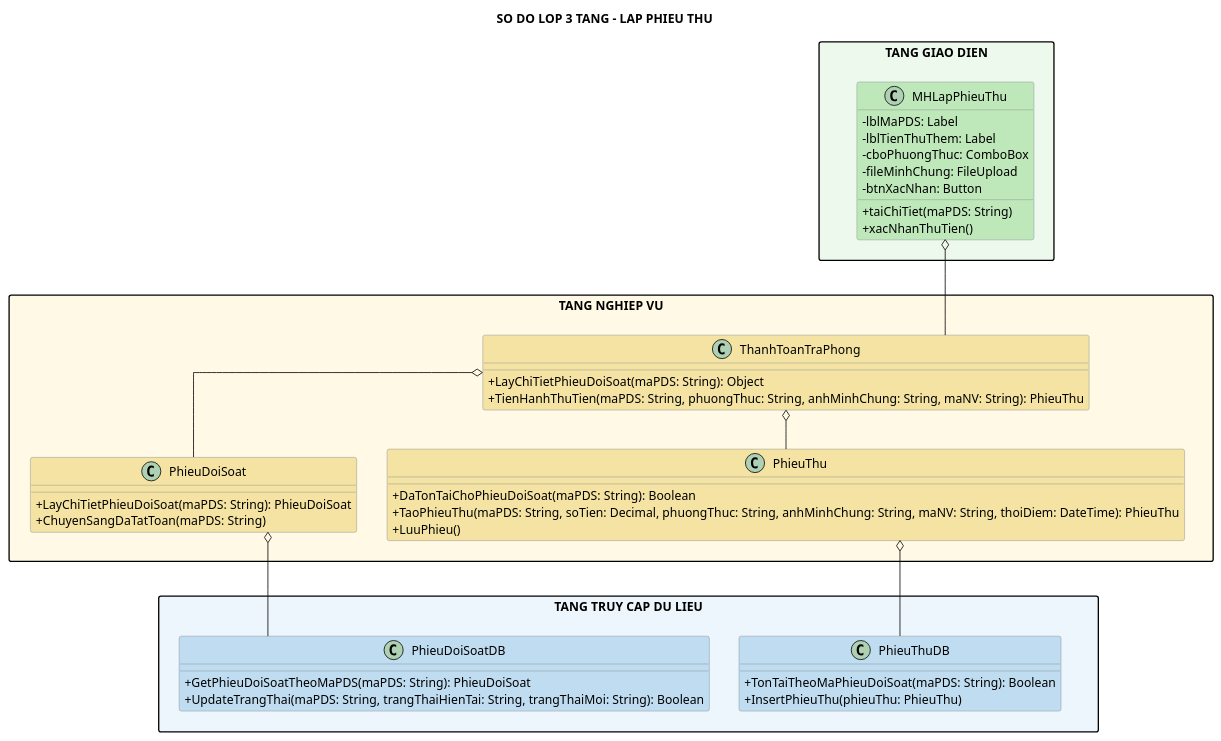
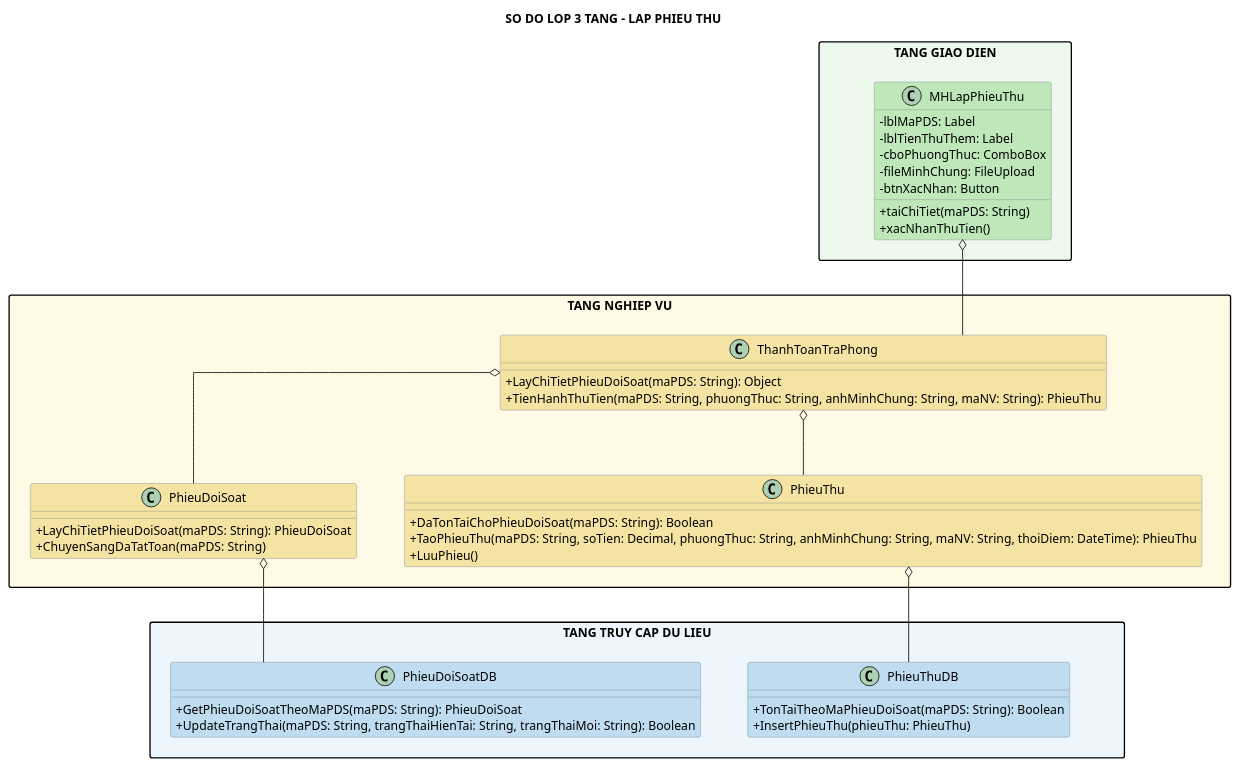
One commit to Ming1309/HomeStay-Dorm changed the diagram in docs/uml/lap-phieu-thu-class.puml. Above: the diagram before and after it, drawn with PlantUML. The commit also changed 30 other files, not shown here.

Commit message:
docs(uml): increase node and rank spacing for all class diagrams

```diff
--- a/docs/uml/lap-phieu-thu-class.puml
+++ b/docs/uml/lap-phieu-thu-class.puml
@@ -1,57 +1,57 @@
 @startuml
 title SO DO LOP 3 TANG - LAP PHIEU THU
 top to bottom direction
 skinparam shadowing false
 skinparam linetype ortho
-skinparam nodesep 35
-skinparam ranksep 45
+skinparam nodesep 55
+skinparam ranksep 75
 skinparam packageStyle rectangle
 skinparam classAttributeIconSize 0
 skinparam classBorderColor #7F8C8D
 
 package "TANG GIAO DIEN" as GUI_LAYER #EDF9EC {
   class MHLapPhieuThu #BFE8BA {
     - lblMaPDS: Label
     - lblTienThuThem: Label
     - cboPhuongThuc: ComboBox
     - fileMinhChung: FileUpload
     - btnXacNhan: Button
     + taiChiTiet(maPDS: String)
     + xacNhanThuTien()
   }
 }
 package "TANG NGHIEP VU" as BUS_LAYER #FFF9E6 {
   class ThanhToanTraPhong #F4E3A2 {
     + LayChiTietPhieuDoiSoat(maPDS: String): Object
     + TienHanhThuTien(maPDS: String, phuongThuc: String, anhMinhChung: String, maNV: String): PhieuThu
   }
   class PhieuDoiSoat #F4E3A2 {
     + LayChiTietPhieuDoiSoat(maPDS: String): PhieuDoiSoat
     + ChuyenSangDaTatToan(maPDS: String)
   }
   class PhieuThu #F4E3A2 {
     + DaTonTaiChoPhieuDoiSoat(maPDS: String): Boolean
     + TaoPhieuThu(maPDS: String, soTien: Decimal, phuongThuc: String, anhMinhChung: String, maNV: String, thoiDiem: DateTime): PhieuThu
     + LuuPhieu()
   }
 }
 package "TANG TRUY CAP DU LIEU" as DAL_LAYER #EDF6FC {
   class PhieuDoiSoatDB #BFDCF0 {
     + GetPhieuDoiSoatTheoMaPDS(maPDS: String): PhieuDoiSoat
     + UpdateTrangThai(maPDS: String, trangThaiHienTai: String, trangThaiMoi: String): Boolean
   }
   class PhieuThuDB #BFDCF0 {
     + TonTaiTheoMaPhieuDoiSoat(maPDS: String): Boolean
     + InsertPhieuThu(phieuThu: PhieuThu)
   }
 }
 
 GUI_LAYER -[hidden]down- BUS_LAYER
 BUS_LAYER -[hidden]down- DAL_LAYER
 PhieuThu -[hidden]down- PhieuDoiSoatDB
 MHLapPhieuThu o-down- ThanhToanTraPhong
 ThanhToanTraPhong o-- PhieuDoiSoat
 ThanhToanTraPhong o-- PhieuThu
 PhieuDoiSoat o-down- PhieuDoiSoatDB
 PhieuThu o-down- PhieuThuDB
 @enduml
```
